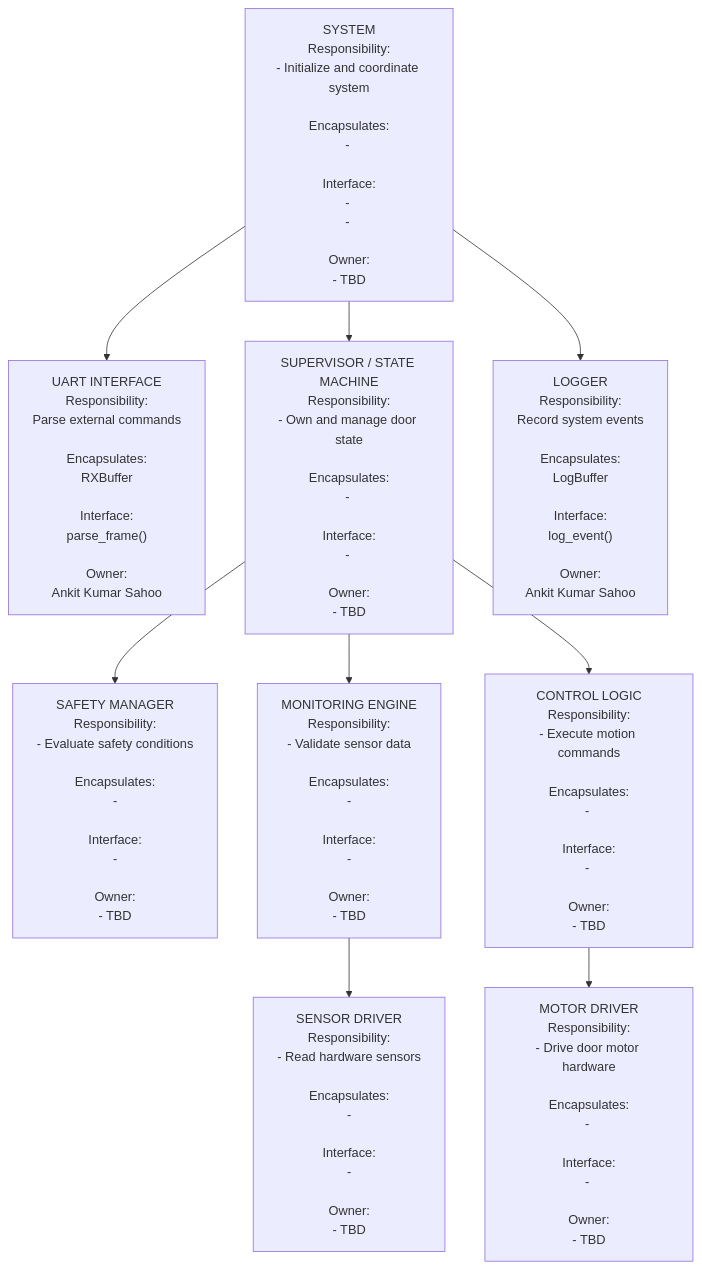
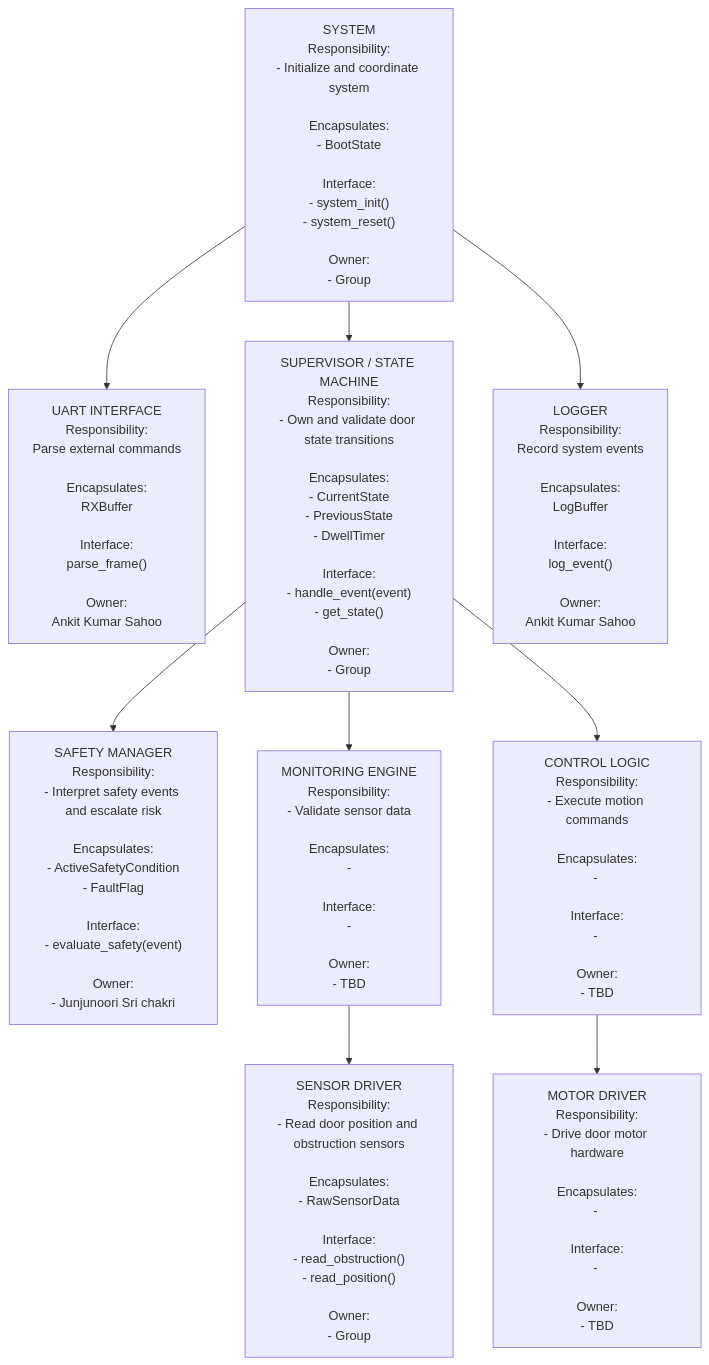
One commit to csg523/project-p7-elevator-door changed the diagram in docs/sections/architecture.md. Above: the diagram before and after it, drawn with Mermaid.

Commit message:
Updated safety module and shared group module

````diff
--- a/docs/sections/architecture.md
+++ b/docs/sections/architecture.md
@@ -8,14 +8,14 @@
 - Initialize and coordinate system
 
 Encapsulates:
-- <BootState>
+- BootState
 
 Interface:
-- <system_init()>
-- <system_reset()>
+- system_init()
+- system_reset()
 
 Owner:
-- TBD
+- Group
 "]
 
 System --> UART["UART INTERFACE
@@ -34,16 +34,19 @@
 
 System --> Supervisor["SUPERVISOR / STATE MACHINE
 Responsibility:
-- Own and manage door state
+- Own and validate door state transitions
 
 Encapsulates:
-- <CurrentState>
+- CurrentState
+- PreviousState
+- DwellTimer
 
 Interface:
-- <handle_event()>
+- handle_event(event)
+- get_state()
 
 Owner:
-- TBD
+- Group
 "]
 
 System --> Logger["LOGGER
@@ -62,16 +65,17 @@
 
 Supervisor --> Safety["SAFETY MANAGER
 Responsibility:
-- Evaluate safety conditions
+- Interpret safety events and escalate risk
 
 Encapsulates:
-- <SafetyState>
+- ActiveSafetyCondition
+- FaultFlag
 
 Interface:
-- <evaluate_safety()>
+- evaluate_safety(event)
 
 Owner:
-- TBD
+- Junjunoori Sri chakri
 "]
 
 Supervisor --> Monitoring["MONITORING ENGINE
@@ -118,15 +122,16 @@
 
 Monitoring --> SensorDriver["SENSOR DRIVER
 Responsibility:
-- Read hardware sensors
+- Read door position and obstruction sensors
 
 Encapsulates:
-- <RawSensorData>
+- RawSensorData
 
 Interface:
-- <read_position()>
+- read_obstruction()
+- read_position()
 
 Owner:
-- TBD
+- Group
 "]
 ```
````
